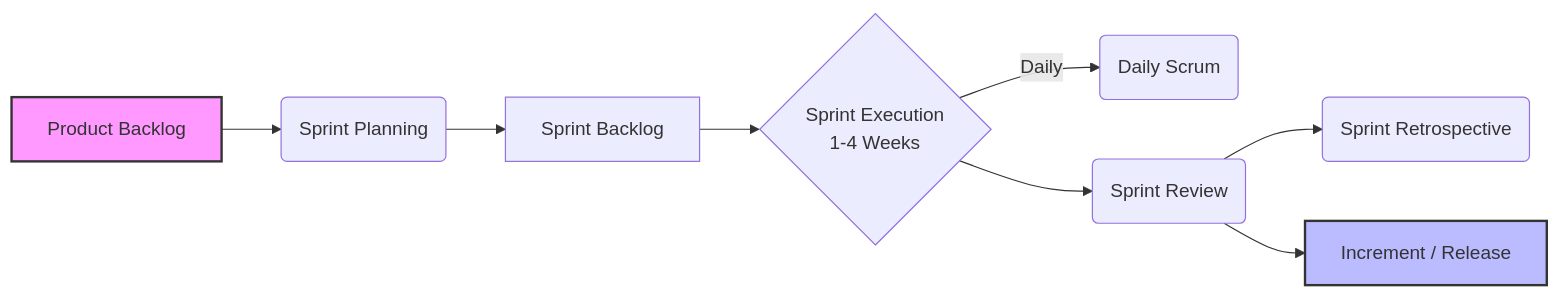
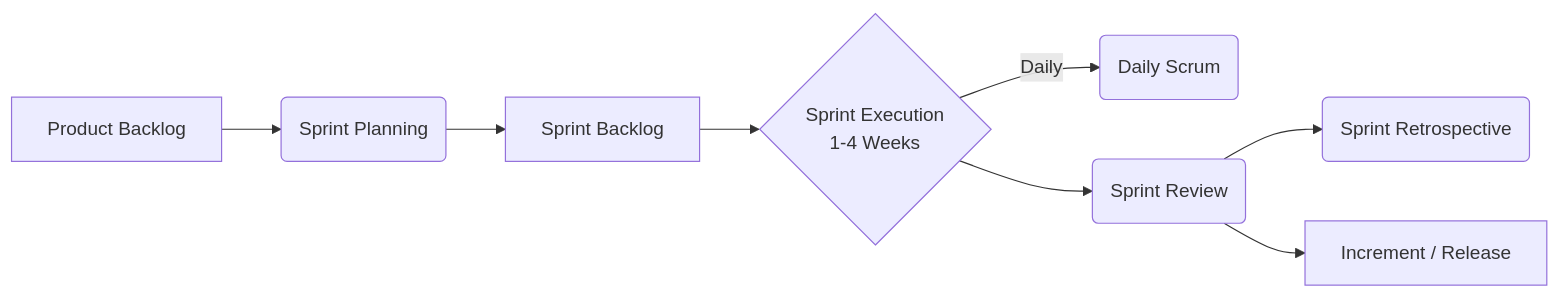
Before and after one commit to vincenico28/WorkForcePro: the first of 15 diagrams in Documentation/capstone_diagrams.md, drawn with Mermaid. The commit also changed other lines of this file and 1 other file, not shown here.

````diff
--- a/Documentation/capstone_diagrams.md
+++ b/Documentation/capstone_diagrams.md
@@ -8,13 +8,10 @@
 ```mermaid
 graph LR
     A[Product Backlog] --> B(Sprint Planning)
     B --> C[Sprint Backlog]
     C --> D{Sprint Execution\n1-4 Weeks}
     D -->|Daily| E(Daily Scrum)
     D --> F(Sprint Review)
     F --> G(Sprint Retrospective)
     F --> H[Increment / Release]
-    
-    style A fill:#f9f,stroke:#333,stroke-width:2px
-    style H fill:#bbf,stroke:#333,stroke-width:2px
 ```
````
